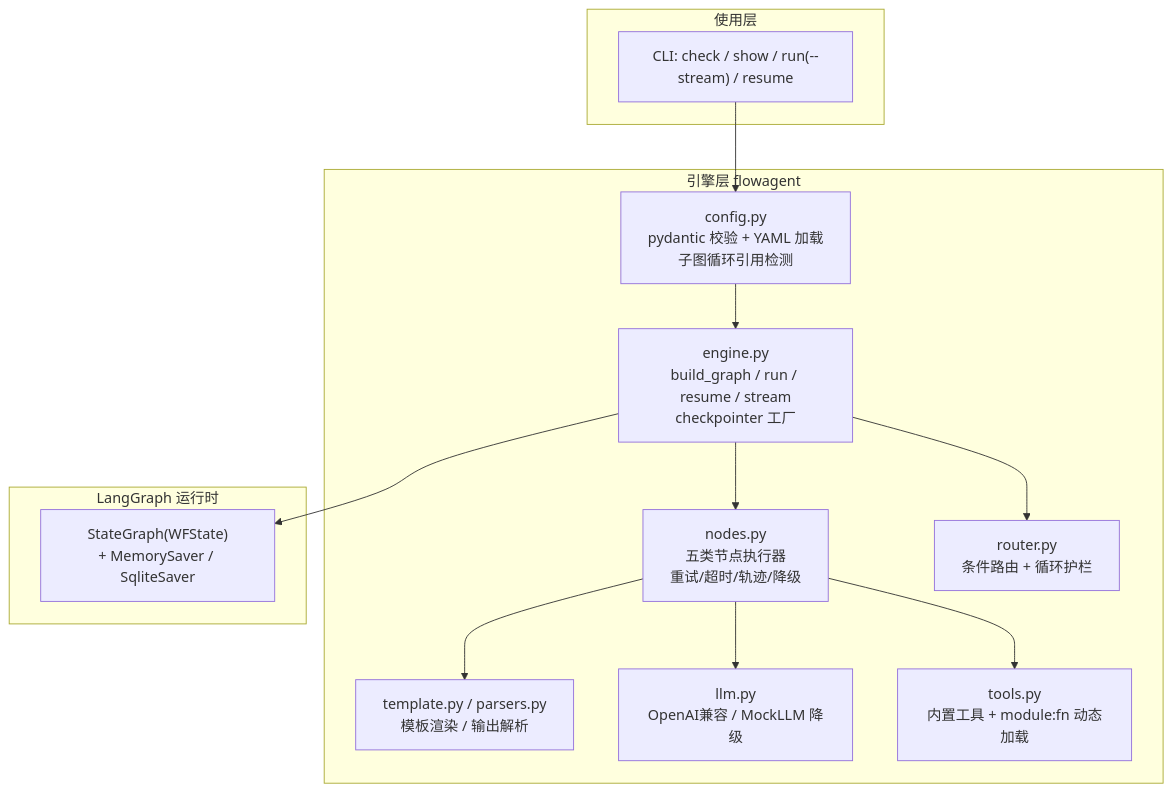
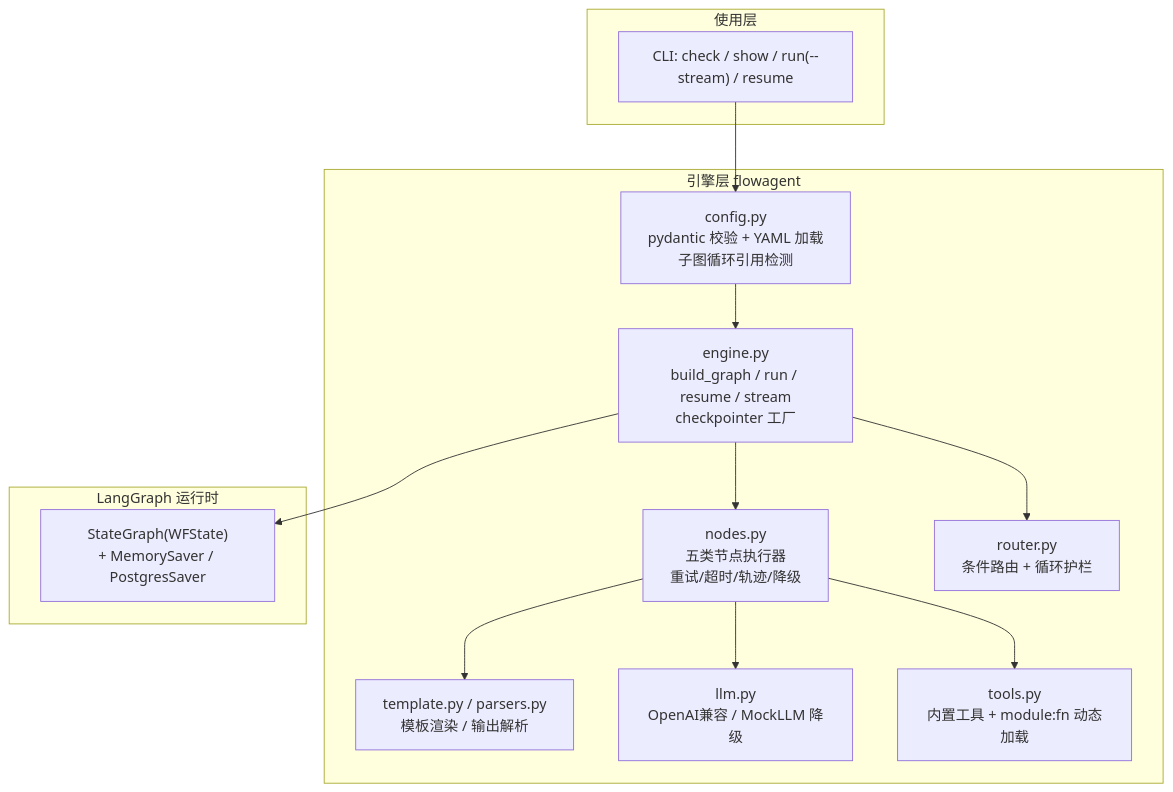
Before and after one commit to AllanZheng/workflow_agent: the diagram in docs/TECHNICAL_DOC.md, drawn with Mermaid. The commit also changed other lines of this file and 20 other files, not shown here.

````diff
--- a/docs/TECHNICAL_DOC.md
+++ b/docs/TECHNICAL_DOC.md
@@ -87,21 +87,21 @@
 ```mermaid
 graph TB
     subgraph 使用层
         CLI["CLI: check / show / run(--stream) / resume"]
     end
     subgraph 引擎层 flowagent
         CFG["config.py<br/>pydantic 校验 + YAML 加载<br/>子图循环引用检测"]
         ENG["engine.py<br/>build_graph / run / resume / stream<br/>checkpointer 工厂"]
         NOD["nodes.py<br/>五类节点执行器<br/>重试/超时/轨迹/降级"]
         RTR["router.py<br/>条件路由 + 循环护栏"]
         TPL["template.py / parsers.py<br/>模板渲染 / 输出解析"]
         LLM["llm.py<br/>OpenAI兼容 / MockLLM 降级"]
         TLS["tools.py<br/>内置工具 + module:fn 动态加载"]
     end
     subgraph LangGraph 运行时
-        SG["StateGraph(WFState)<br/>+ MemorySaver / SqliteSaver"]
+        SG["StateGraph(WFState)<br/>+ MemorySaver / PostgresSaver"]
     end
     CLI --> CFG --> ENG --> SG
     ENG --> NOD & RTR
     NOD --> TPL & LLM & TLS
 ```
````
